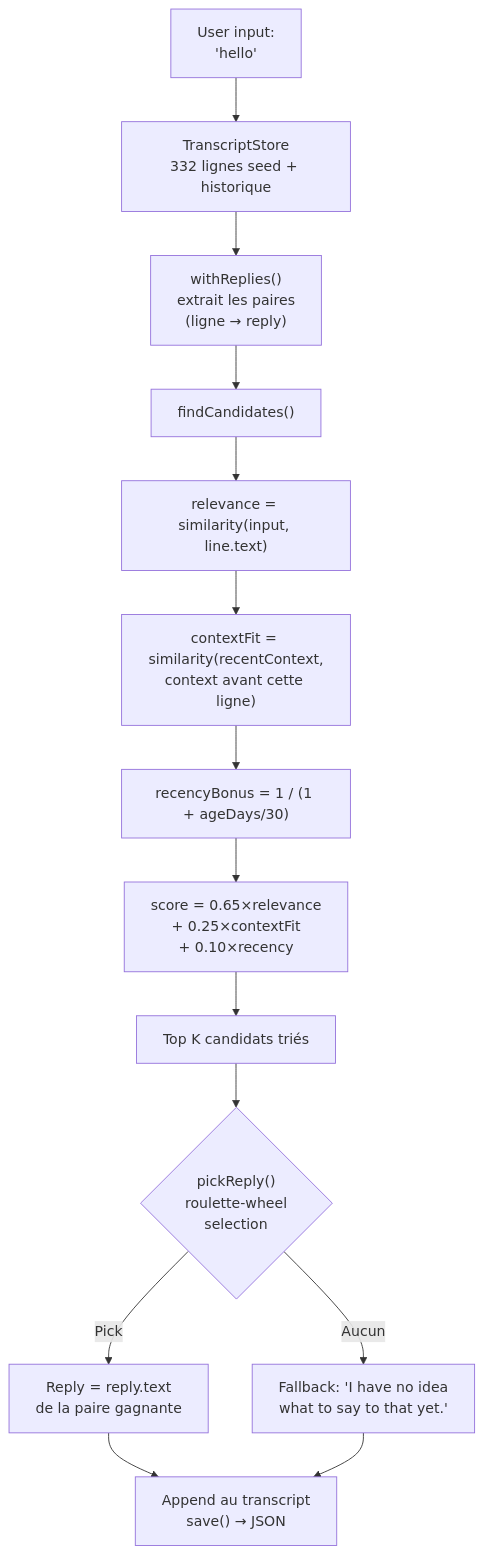
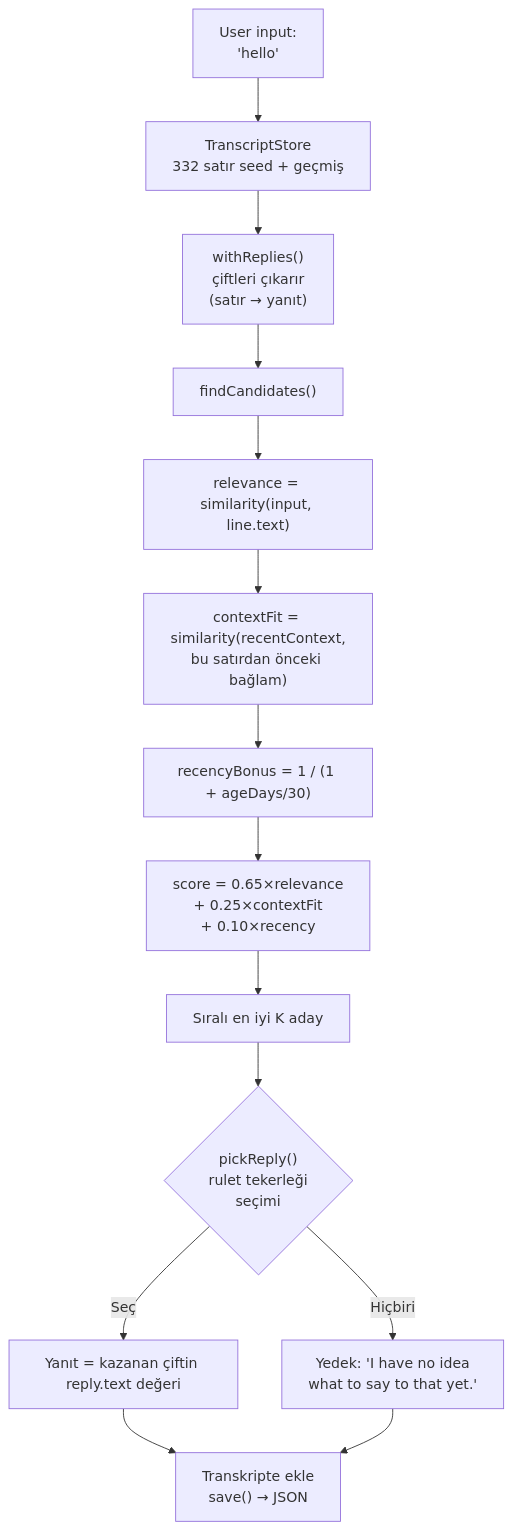
One commit to fox3000foxy/fox3000foxy.github.io changed the second of 2 diagrams in public/articles/tr/from-eliza-to-llm-chatbots-typescript.md. Above: the diagram before and after it, drawn with Mermaid. The commit also changed other lines of this file and 576 other files, not shown here.

````diff
--- a/public/articles/tr/from-eliza-to-llm-chatbots-typescript.md
+++ b/public/articles/tr/from-eliza-to-llm-chatbots-typescript.md
@@ -308,16 +310,16 @@
 ```mermaid
 flowchart TD
-    A["User input:<br>'hello'"] --> B["TranscriptStore<br>332 lignes seed + historique"]
-    B --> C["withReplies()<br>extrait les paires<br>(ligne → reply)"]
+    A["User input:<br>'hello'"] --> B["TranscriptStore<br>332 satır seed + geçmiş"]
+    B --> C["withReplies()<br>çiftleri çıkarır<br>(satır → yanıt)"]
     C --> D["findCandidates()"]
     D --> E["relevance = similarity(input, line.text)"]
-    E --> F["contextFit = similarity(recentContext,<br>context avant cette ligne)"]
+    E --> F["contextFit = similarity(recentContext,<br>bu satırdan önceki bağlam)"]
     F --> G["recencyBonus = 1 / (1 + ageDays/30)"]
     G --> H["score = 0.65×relevance<br>+ 0.25×contextFit<br>+ 0.10×recency"]
-    H --> I["Top K candidats triés"]
-    I --> J{"pickReply()<br>roulette-wheel<br>selection"}
-    J -->|"Pick"| K["Reply = reply.text<br>de la paire gagnante"]
-    J -->|"Aucun"| L["Fallback: 'I have no idea<br>what to say to that yet.'"]
-    K --> M["Append au transcript<br>save() → JSON"]
+    H --> I["Sıralı en iyi K aday"]
+    I --> J{"pickReply()<br>rulet tekerleği<br>seçimi"}
+    J -->|"Seç"| K["Yanıt = kazanan çiftin reply.text değeri"]
+    J -->|"Hiçbiri"| L["Yedek: 'I have no idea<br>what to say to that yet.'"]
+    K --> M["Transkripte ekle<br>save() → JSON"]
     L --> M
 ```
````
